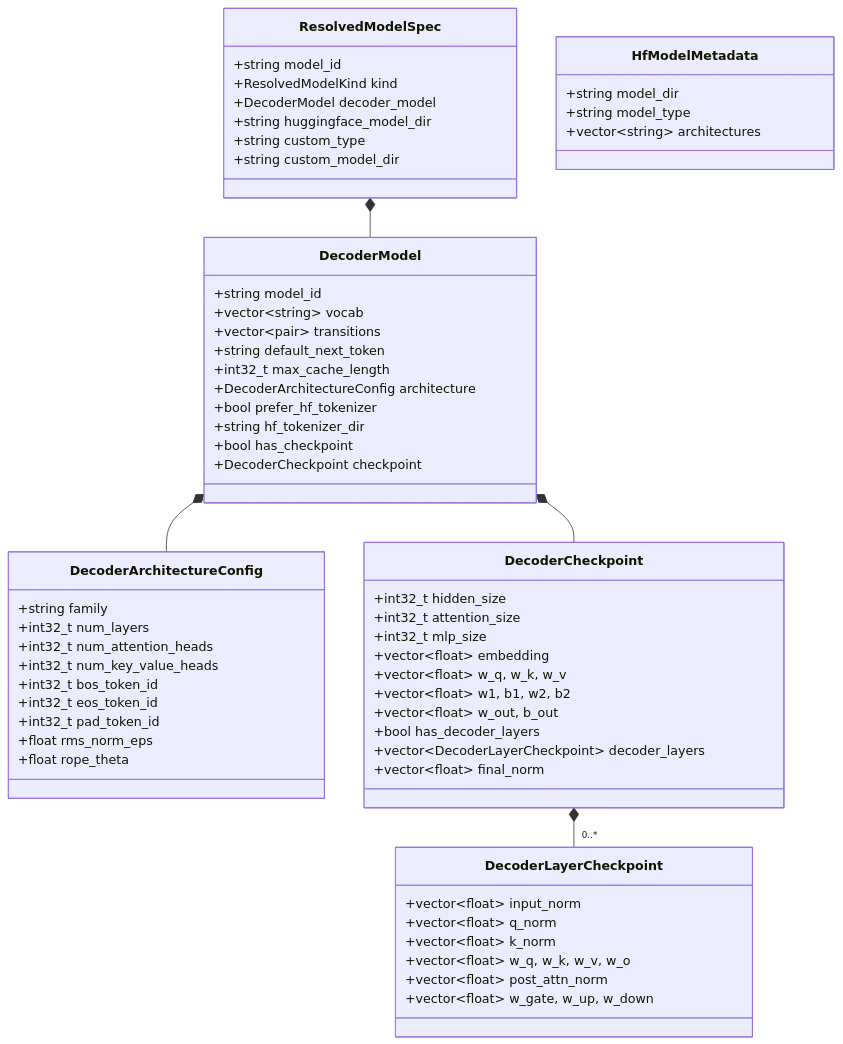
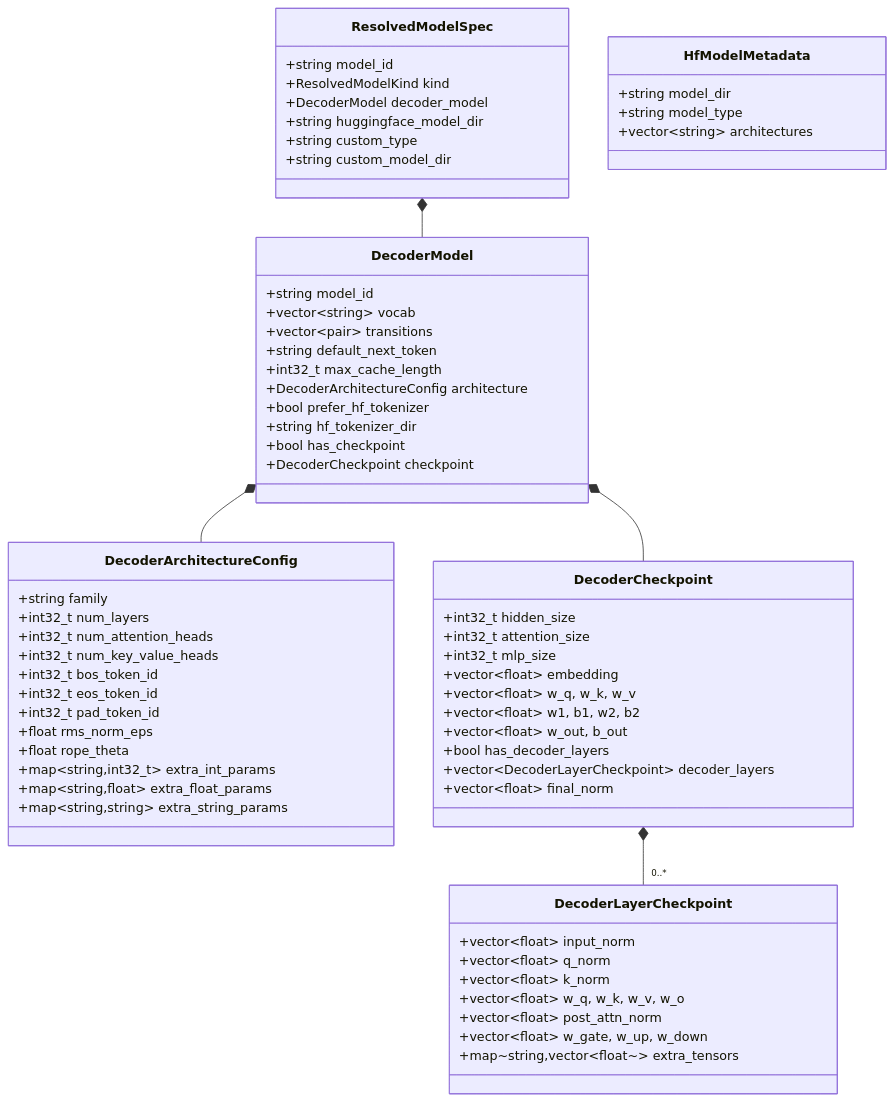
The second of 8 diagrams in docs/wiki/Static-Design.md (AbishekCoder1/TensorRT-Model-Connect), drawn with Mermaid before and after one commit. The commit also changed other lines of this file and 17 other files, not shown here.

````diff
--- a/docs/wiki/Static-Design.md
+++ b/docs/wiki/Static-Design.md
@@ -92,69 +92,73 @@
 ```mermaid
 classDiagram
     class DecoderModel {
         +string model_id
         +vector~string~ vocab
         +vector~pair~ transitions
         +string default_next_token
         +int32_t max_cache_length
         +DecoderArchitectureConfig architecture
         +bool prefer_hf_tokenizer
         +string hf_tokenizer_dir
         +bool has_checkpoint
         +DecoderCheckpoint checkpoint
     }
 
     class DecoderArchitectureConfig {
         +string family
         +int32_t num_layers
         +int32_t num_attention_heads
         +int32_t num_key_value_heads
         +int32_t bos_token_id
         +int32_t eos_token_id
         +int32_t pad_token_id
         +float rms_norm_eps
         +float rope_theta
+        +map~string,int32_t~ extra_int_params
+        +map~string,float~ extra_float_params
+        +map~string,string~ extra_string_params
     }
 
     class DecoderCheckpoint {
         +int32_t hidden_size
         +int32_t attention_size
         +int32_t mlp_size
         +vector~float~ embedding
         +vector~float~ w_q, w_k, w_v
         +vector~float~ w1, b1, w2, b2
         +vector~float~ w_out, b_out
         +bool has_decoder_layers
         +vector~DecoderLayerCheckpoint~ decoder_layers
         +vector~float~ final_norm
     }
 
     class DecoderLayerCheckpoint {
         +vector~float~ input_norm
         +vector~float~ q_norm
         +vector~float~ k_norm
         +vector~float~ w_q, w_k, w_v, w_o
         +vector~float~ post_attn_norm
         +vector~float~ w_gate, w_up, w_down
+        +map~string,vector~float~~ extra_tensors
     }
 
     class ResolvedModelSpec {
         +string model_id
         +ResolvedModelKind kind
         +DecoderModel decoder_model
         +string huggingface_model_dir
         +string custom_type
         +string custom_model_dir
     }
 
     class HfModelMetadata {
         +string model_dir
         +string model_type
         +vector~string~ architectures
     }
 
     DecoderModel *-- DecoderArchitectureConfig
     DecoderModel *-- DecoderCheckpoint
     DecoderCheckpoint *-- "0..*" DecoderLayerCheckpoint
     ResolvedModelSpec *-- DecoderModel
 ```
````
